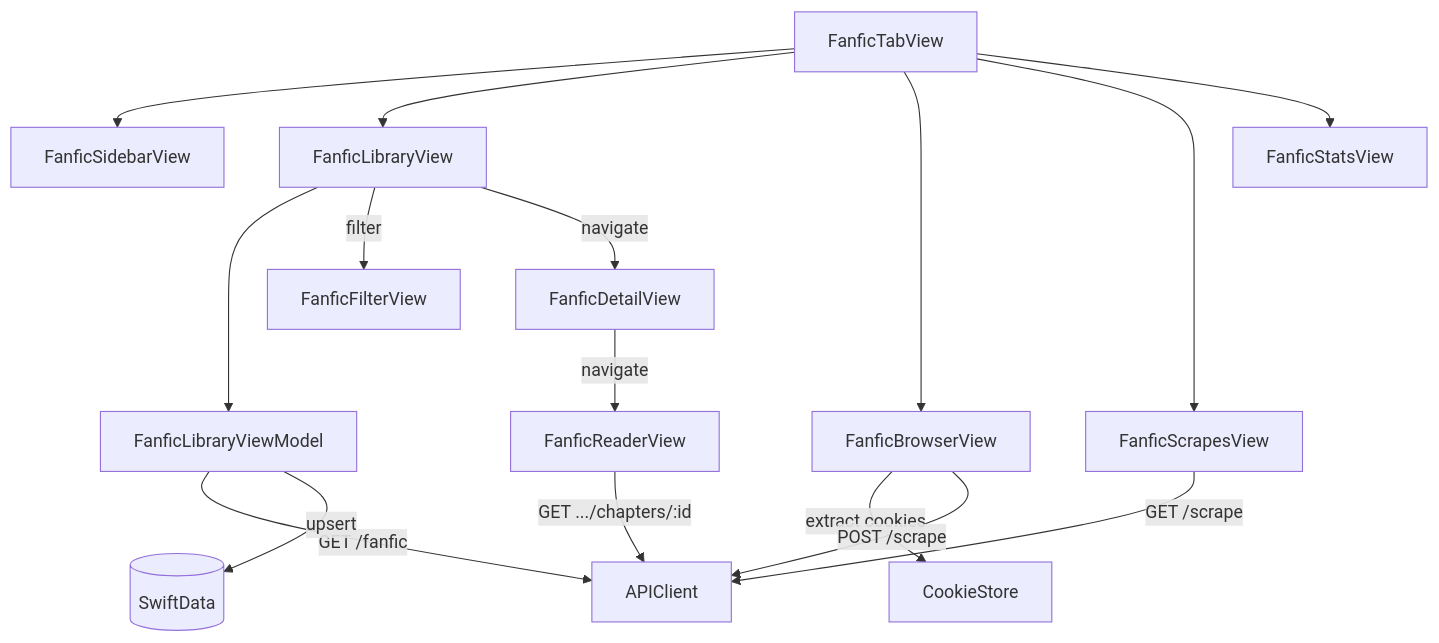
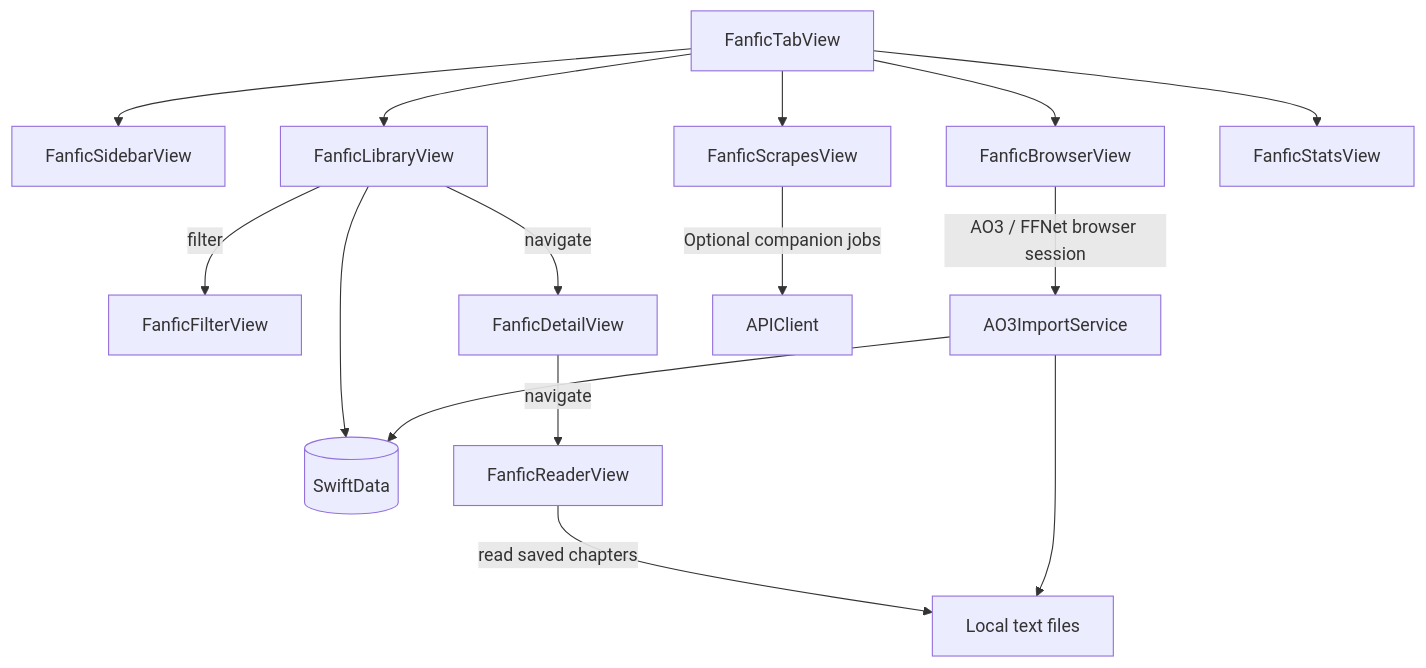
One commit to agenticCoder97/IosTestApp changed the diagram in wiki/ios/fanfic-feature.md. Above: the diagram before and after it, drawn with Mermaid. The commit also changed other lines of this file and 73 other files, not shown here.

````diff
--- a/wiki/ios/fanfic-feature.md
+++ b/wiki/ios/fanfic-feature.md
@@ -29,22 +65,21 @@
 ```mermaid
 graph TB
     FTV[FanficTabView] --> FSB[FanficSidebarView]
     FTV --> FLV[FanficLibraryView]
     FTV --> FBV[FanficBrowserView]
     FTV --> FSV[FanficScrapesView]
     FTV --> FSTV[FanficStatsView]
 
-    FLV --> FLVM[FanficLibraryViewModel]
-    FLVM -->|GET /fanfic| API[APIClient]
-    FLVM -->|upsert| SD[(SwiftData)]
+    FLV --> SD[(SwiftData)]
 
     FLV -->|filter| FFV[FanficFilterView]
     FLV -->|navigate| FDV[FanficDetailView]
     FDV -->|navigate| FRV[FanficReaderView]
 
-    FRV -->|GET .../chapters/:id| API
+    FRV -->|read saved chapters| Files[Local text files]
 
-    FBV -->|extract cookies| CS[CookieStore]
-    FBV -->|POST /scrape| API
-    FSV -->|GET /scrape| API
+    FBV -->|AO3 / FFNet browser session| Import[AO3ImportService]
+    Import --> SD
+    Import --> Files
+    FSV -->|Optional companion jobs| API[APIClient]
 ```
````
